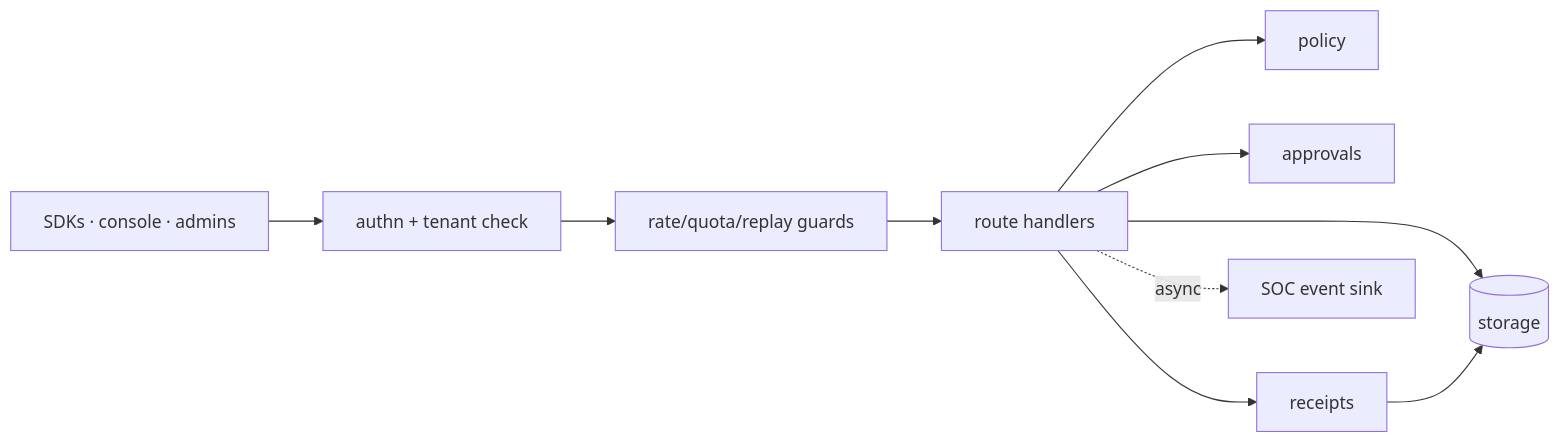
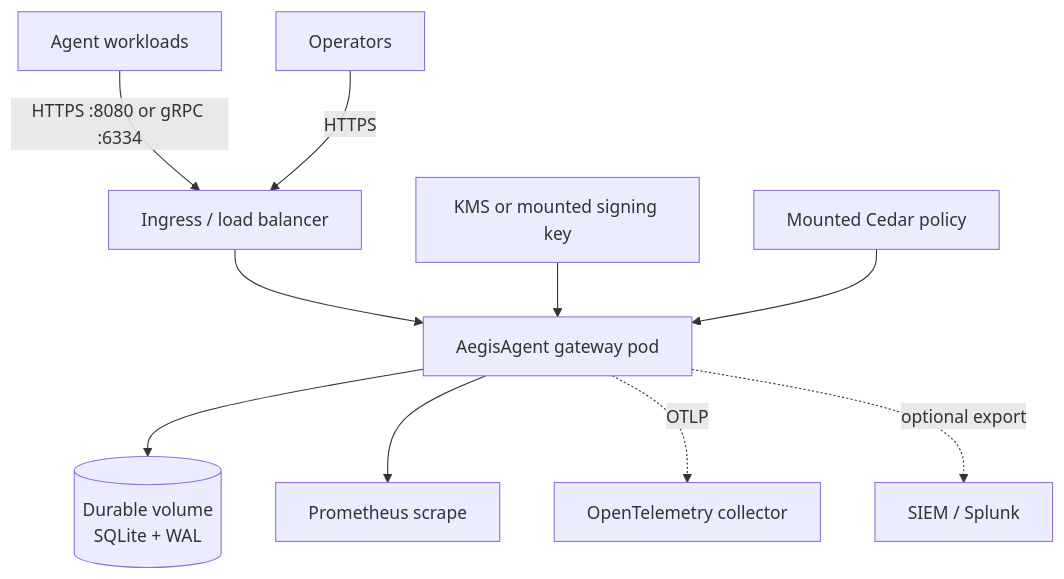
Before and after one commit to lavkushry/AegisAgent: the seventh of 7 diagrams in docs/components/Gateway.md, drawn with Mermaid. The commit also changed other lines of this file and 39 other files, not shown here.

First line of the commit message:
feat: add Policy Center, Quarantine Center, and Agent Cage management pages

````diff
--- a/docs/components/Gateway.md
+++ b/docs/components/Gateway.md
@@ -22,9 +318,12 @@
 ```mermaid
-flowchart LR
-    IN[SDKs · console · admins] --> AUTH[authn + tenant check]
-    AUTH --> LIM[rate/quota/replay guards]
-    LIM --> H[route handlers]
-    H --> POL[policy] & APR[approvals] & ST[(storage)]
-    H --> RC[receipts] --> ST
-    H -.async.-> SOC[SOC event sink]
+flowchart TB
+    AGENTS[Agent workloads] -->|HTTPS :8080 or gRPC :6334| EDGE[Ingress / load balancer]
+    OPERATORS[Operators] -->|HTTPS| EDGE
+    EDGE --> GW[AegisAgent gateway pod]
+    GW --> PVC[(Durable volume\nSQLite + WAL)]
+    GW --> PROM[Prometheus scrape]
+    GW -. OTLP .-> COLLECTOR[OpenTelemetry collector]
+    GW -. optional export .-> SIEM[SIEM / Splunk]
+    KMS[KMS or mounted signing key] --> GW
+    POL[Mounted Cedar policy] --> GW
 ```
````
